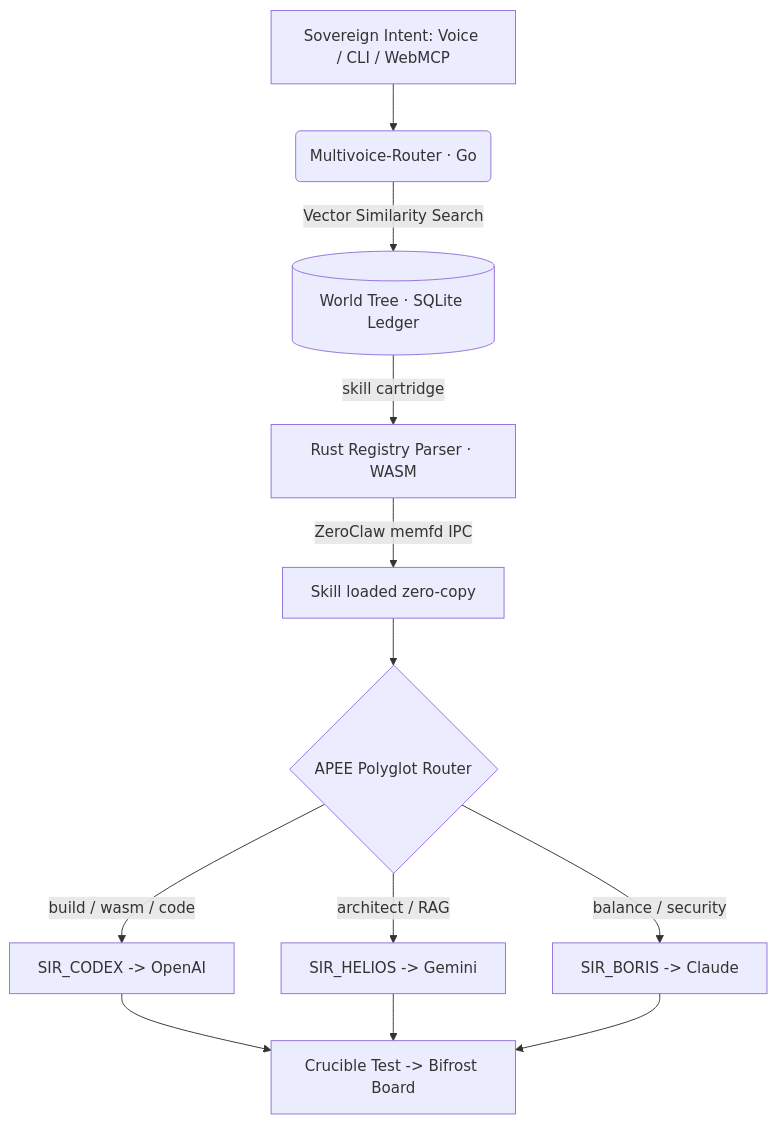
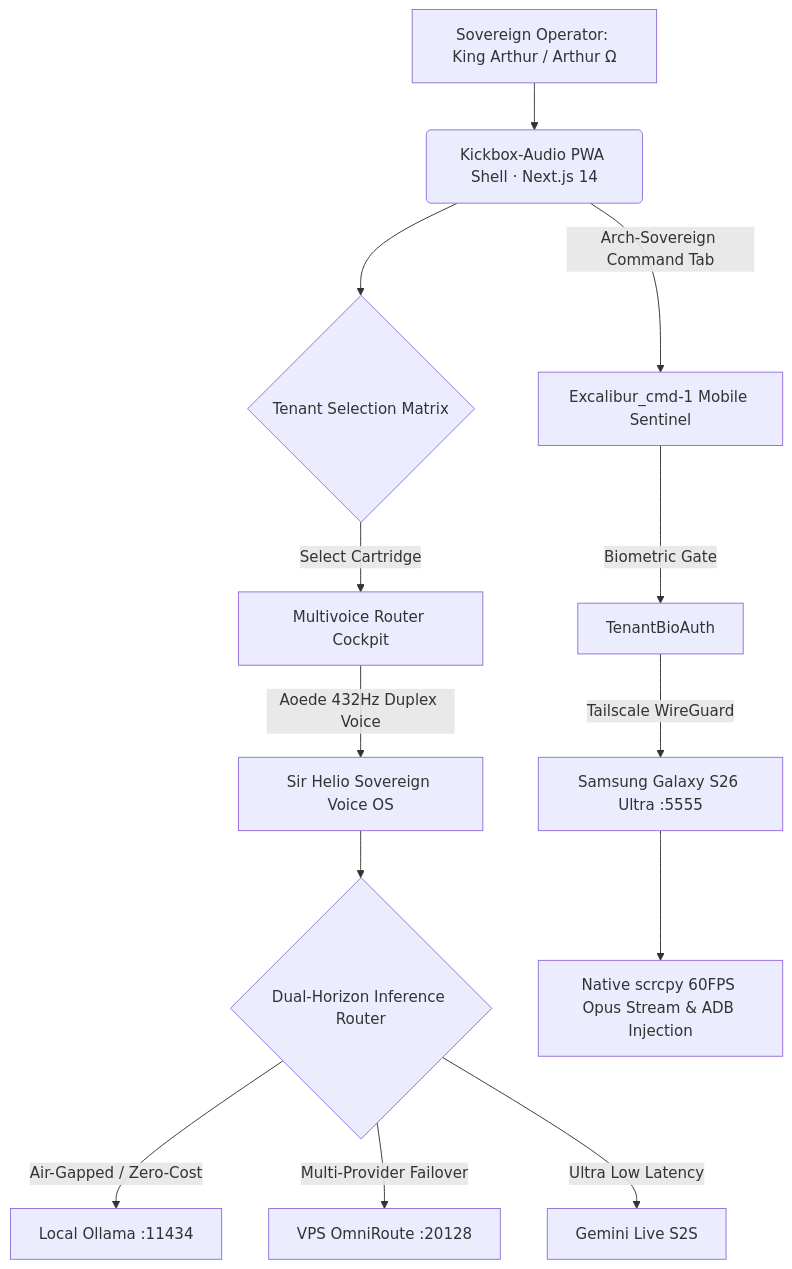
The diagram in README.md (Cyberdad247/Camelot-Ecosystem), drawn with Mermaid before and after one commit. The commit also changed other lines of this file and 102 other files, not shown here.

Commit message:
feat(convergence): Full-Stack PWA Ecosystem Convergence: Multivoice Router, Tenants, Sir Helio Voice Layer & Arch-Sovereign Excalibur_cmd-1

````diff
--- a/README.md
+++ b/README.md
@@ -142,14 +144,15 @@
 ```mermaid
 graph TD
-  A[Sovereign Intent: Voice / CLI / WebMCP] --> B(Multivoice-Router · Go)
-  B -->|Vector Similarity Search| C[(World Tree · SQLite Ledger)]
-  C -->|skill cartridge| D[Rust Registry Parser · WASM]
-  D -->|ZeroClaw memfd IPC| E[Skill loaded zero-copy]
-  E --> F{APEE Polyglot Router}
-  F -->|build / wasm / code| G[SIR_CODEX -> OpenAI]
-  F -->|architect / RAG| H[SIR_HELIOS -> Gemini]
-  F -->|balance / security| I[SIR_BORIS -> Claude]
-  G --> J[Crucible Test -> Bifrost Board]
-  H --> J
-  I --> J
+  A[Sovereign Operator: King Arthur / Arthur Ω] --> B(Kickbox-Audio PWA Shell · Next.js 14)
+  B --> C{Tenant Selection Matrix}
+  C -->|Select Cartridge| D[Multivoice Router Cockpit]
+  D -->|Aoede 432Hz Duplex Voice| E[Sir Helio Sovereign Voice OS]
+  E --> F{Dual-Horizon Inference Router}
+  F -->|Air-Gapped / Zero-Cost| G[Local Ollama :11434]
+  F -->|Multi-Provider Failover| H[VPS OmniRoute :20128]
+  F -->|Ultra Low Latency| I[Gemini Live S2S]
+  B -->|Arch-Sovereign Command Tab| J[Excalibur_cmd-1 Mobile Sentinel]
+  J -->|Biometric Gate| K[TenantBioAuth]
+  K -->|Tailscale WireGuard| L[Samsung Galaxy S26 Ultra :5555]
+  L --> M[Native scrcpy 60FPS Opus Stream & ADB Injection]
 ```
````
